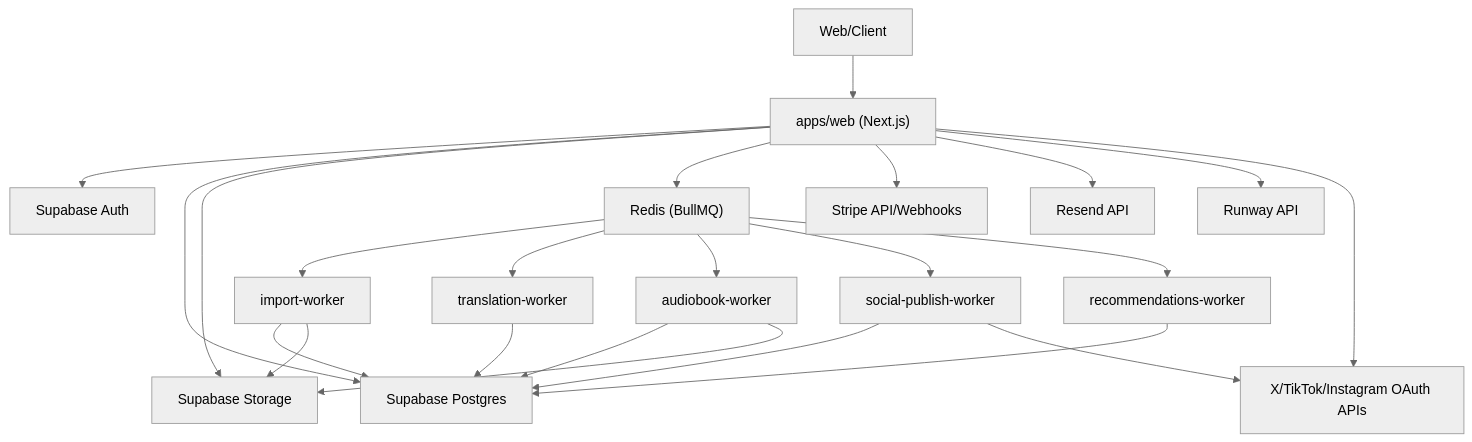
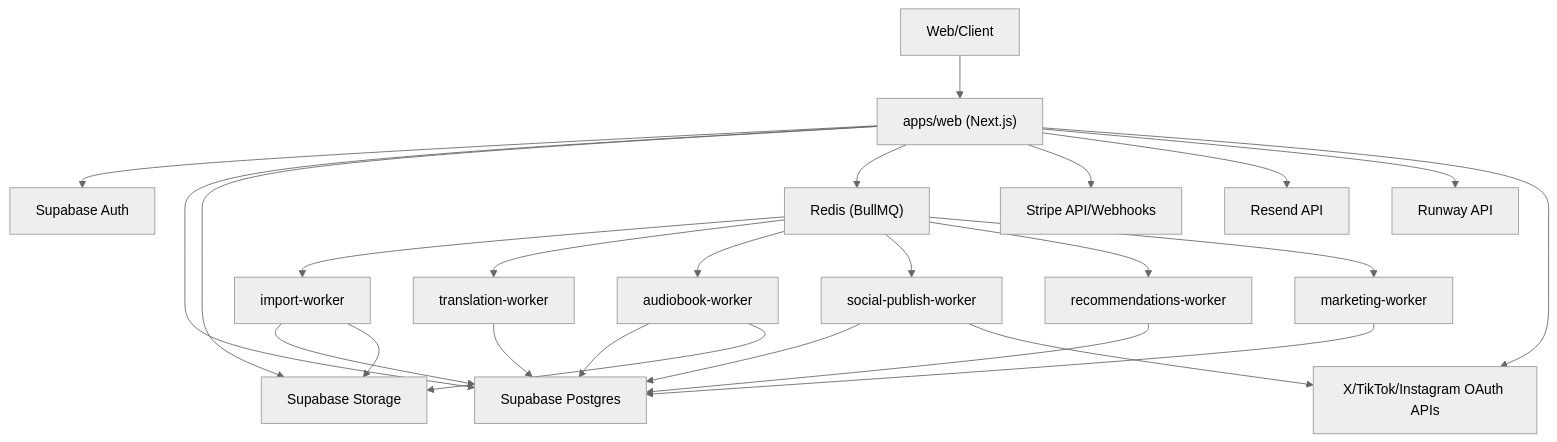
The diagram in docs/ARCHITECTURE_MAP.md (sveahall/verkli), drawn with Mermaid (neutral theme) before and after one commit. The commit also changed other lines of this file and 44 other files, not shown here.

````diff
--- a/docs/ARCHITECTURE_MAP.md
+++ b/docs/ARCHITECTURE_MAP.md
@@ -14,29 +14,31 @@
 ```mermaid
 graph TD
   Browser["Web/Client"] --> Next["apps/web (Next.js)"]
   Next --> Auth["Supabase Auth"]
   Next --> DB["Supabase Postgres"]
   Next --> Storage["Supabase Storage"]
   Next --> Redis["Redis (BullMQ)"]
 
   Redis --> WImport["import-worker"]
   Redis --> WTrans["translation-worker"]
   Redis --> WAudio["audiobook-worker"]
   Redis --> WSocial["social-publish-worker"]
   Redis --> WReco["recommendations-worker"]
+  Redis --> WMktg["marketing-worker"]
 
   WImport --> DB
   WImport --> Storage
   WTrans --> DB
   WAudio --> DB
   WAudio --> Storage
   WSocial --> DB
   WReco --> DB
+  WMktg --> DB
 
   Next --> Stripe["Stripe API/Webhooks"]
   Next --> Resend["Resend API"]
   Next --> Runway["Runway API"]
   Next --> SocialAPIs["X/TikTok/Instagram OAuth APIs"]
 
   WSocial --> SocialAPIs
 ```
````
